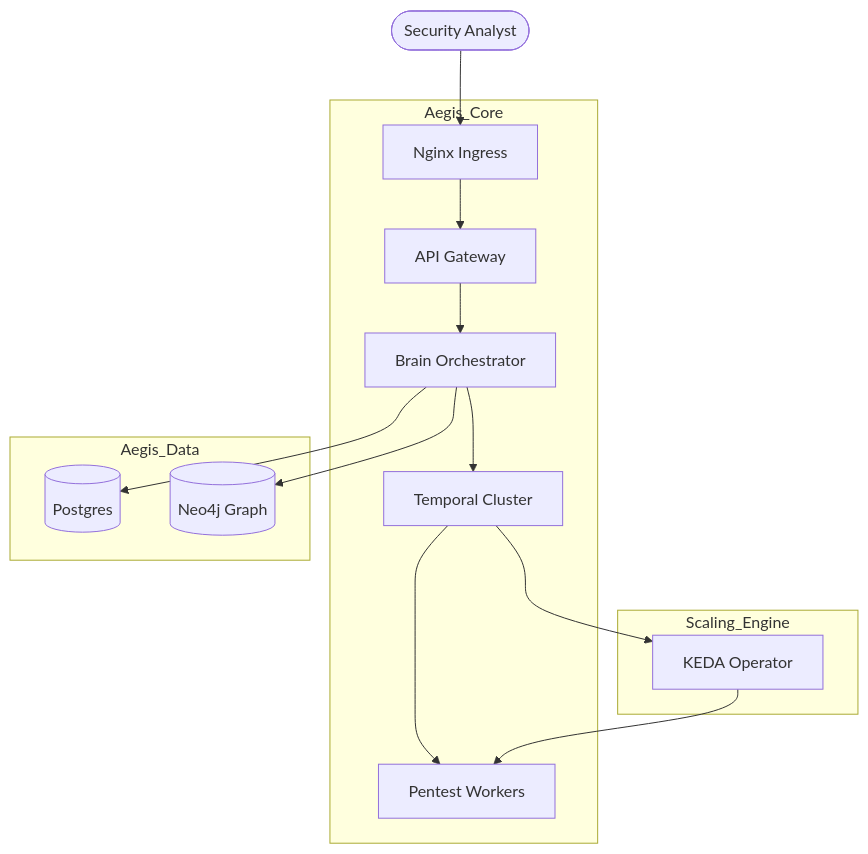
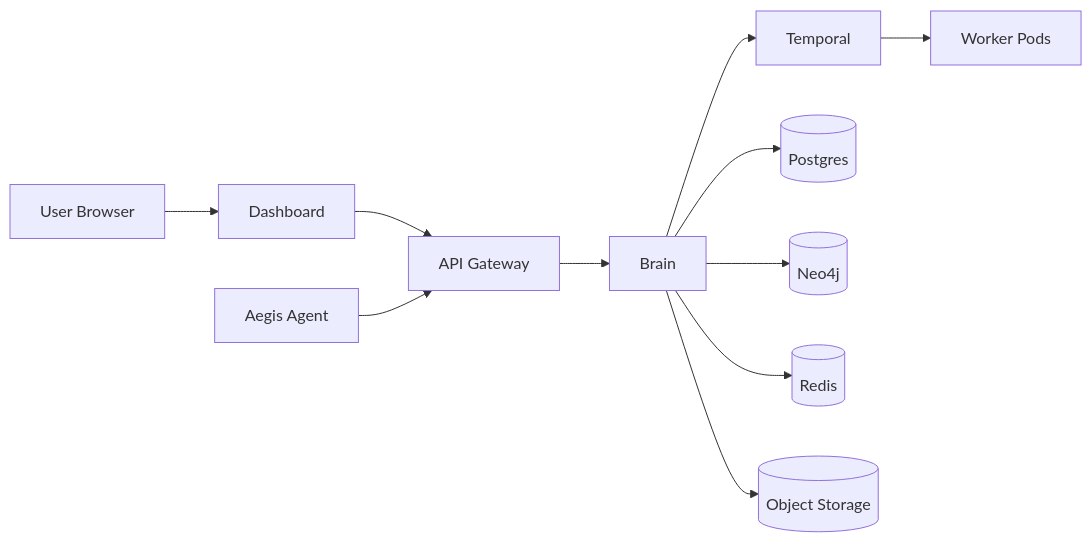
The diagram in docs/Infra/architecture.md (Aegis-AI-Organizations/Aegis-AI-Documentation), drawn with Mermaid before and after one commit. The commit also changed other lines of this file and 150 other files, not shown here.

````diff
--- a/docs/Infra/architecture.md
+++ b/docs/Infra/architecture.md
@@ -15,21 +5,13 @@
 ```mermaid
-graph TD
-    User([Security Analyst]) --> Nginx[Nginx Ingress]
-
-    subgraph Aegis_Core
-        Nginx --> Gateway[API Gateway]
-        Gateway --> Brain[Brain Orchestrator]
-        Brain --> Temporal[Temporal Cluster]
-        Temporal --> Workers[Pentest Workers]
-    end
-
-    subgraph Aegis_Data
-        Brain --> PG[(Postgres)]
-        Brain --> Neo4j[(Neo4j Graph)]
-    end
-
-    subgraph Scaling_Engine
-        Temporal --> KEDA[KEDA Operator]
-        KEDA --> Workers
-    end
+flowchart LR
+    User[User Browser] --> Dashboard
+    Dashboard --> Gateway[API Gateway]
+    Agent[Aegis Agent] --> Gateway
+    Gateway --> Brain
+    Brain --> Temporal
+    Brain --> Postgres[(Postgres)]
+    Brain --> Neo4j[(Neo4j)]
+    Brain --> Redis[(Redis)]
+    Brain --> Storage[(Object Storage)]
+    Temporal --> Workers[Worker Pods]
 ```
````
